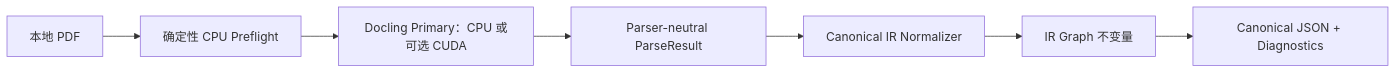
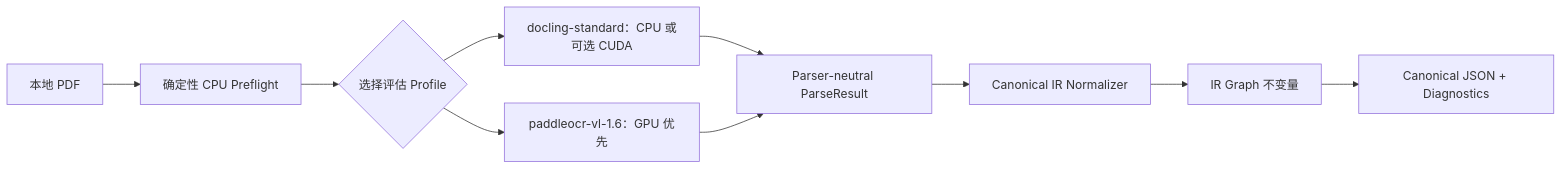
The second of 2 diagrams in README.zh-CN.md (Dadada66666/RAG), drawn with Mermaid before and after one commit. The commit also changed other lines of this file and 54 other files, not shown here.

````diff
--- a/README.zh-CN.md
+++ b/README.zh-CN.md
@@ -62,9 +67,12 @@
 ```mermaid
 flowchart LR
     A["本地 PDF"] --> B["确定性 CPU Preflight"]
-    B --> C["Docling Primary：CPU 或可选 CUDA"]
-    C --> D["Parser-neutral ParseResult"]
+    B --> C{"选择评估 Profile"}
+    C --> C1["docling-standard：CPU 或可选 CUDA"]
+    C --> C2["paddleocr-vl-1.6：GPU 优先"]
+    C1 --> D["Parser-neutral ParseResult"]
+    C2 --> D
     D --> E["Canonical IR Normalizer"]
     E --> F["IR Graph 不变量"]
     F --> G["Canonical JSON + Diagnostics"]
 ```
````
